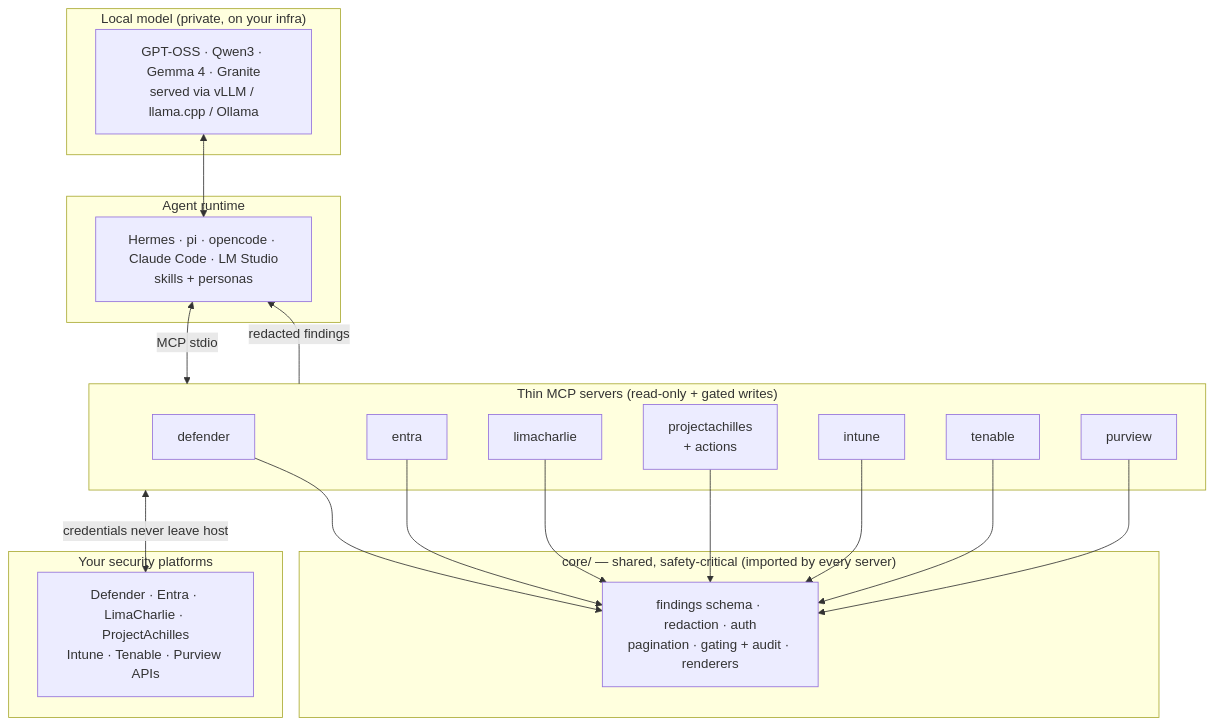
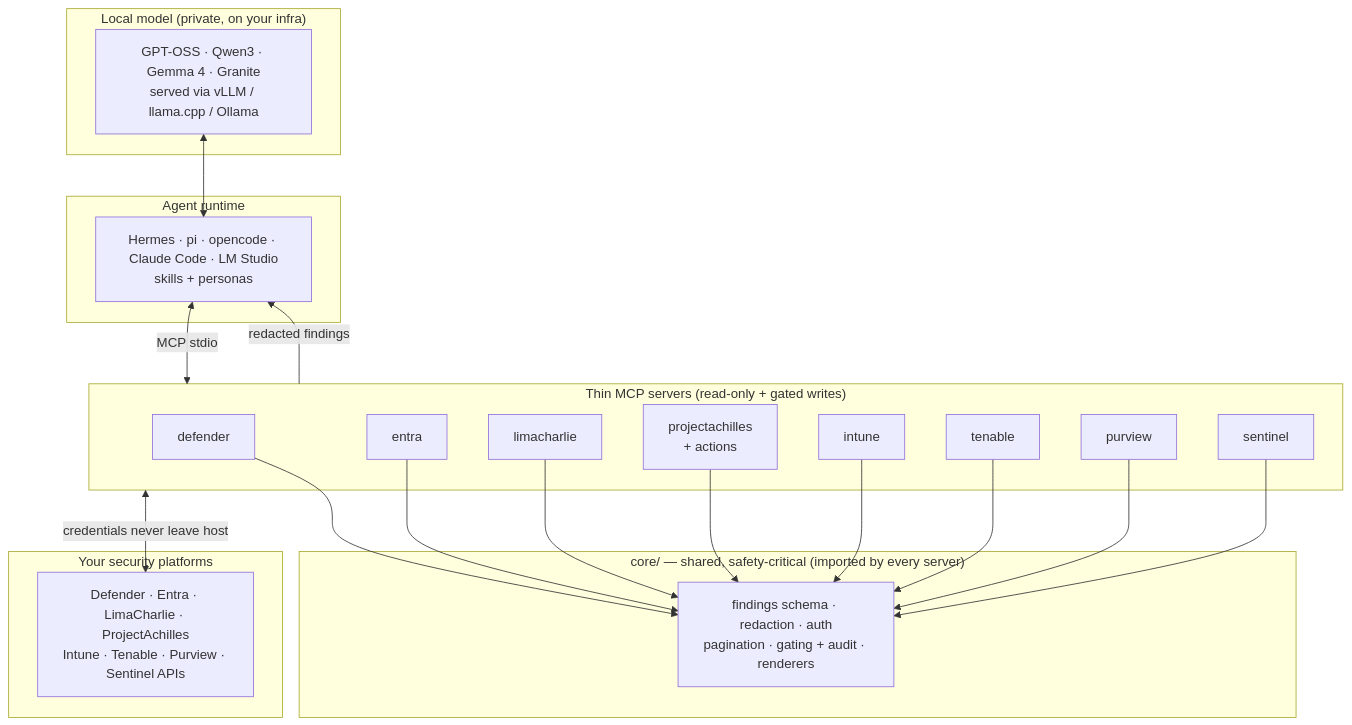
One commit to ubercylon8/f0_sectools changed the first of 3 diagrams in docs/explanation/architecture.md. Above: the diagram before and after it, drawn with Mermaid. The commit also changed other lines of this file and 58 other files, not shown here.

````diff
--- a/docs/explanation/architecture.md
+++ b/docs/explanation/architecture.md
@@ -26,30 +26,31 @@
 ```mermaid
 flowchart TB
     subgraph model["Local model (private, on your infra)"]
       LM["GPT-OSS · Qwen3 · Gemma 4 · Granite<br/>served via vLLM / llama.cpp / Ollama"]
     end
     subgraph runtime["Agent runtime"]
       RT["Hermes · pi · opencode · Claude Code · LM Studio<br/>skills + personas"]
     end
     subgraph servers["Thin MCP servers (read-only + gated writes)"]
       D["defender"]
       E["entra"]
       L["limacharlie"]
       P["projectachilles<br/>+ actions"]
       I["intune"]
       T["tenable"]
       U["purview"]
+      N["sentinel"]
     end
     subgraph core["core/ — shared, safety-critical (imported by every server)"]
       C["findings schema · redaction · auth<br/>pagination · gating + audit · renderers"]
     end
     subgraph platforms["Your security platforms"]
-      API["Defender · Entra · LimaCharlie · ProjectAchilles<br/>Intune · Tenable · Purview APIs"]
+      API["Defender · Entra · LimaCharlie · ProjectAchilles<br/>Intune · Tenable · Purview · Sentinel APIs"]
     end
 
     LM <--> RT
     RT <-->|MCP stdio| servers
-    D & E & L & P & I & T & U --> C
+    D & E & L & P & I & T & U & N --> C
     servers -->|redacted findings| RT
     servers <-->|credentials never leave host| API
 ```
````
